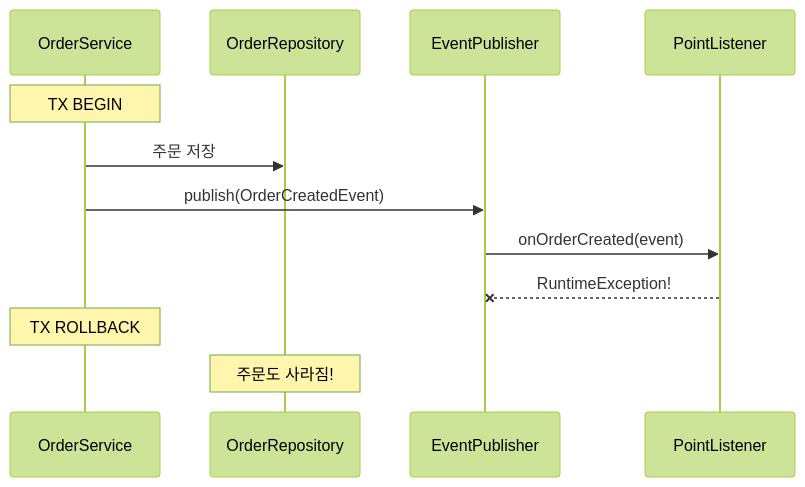
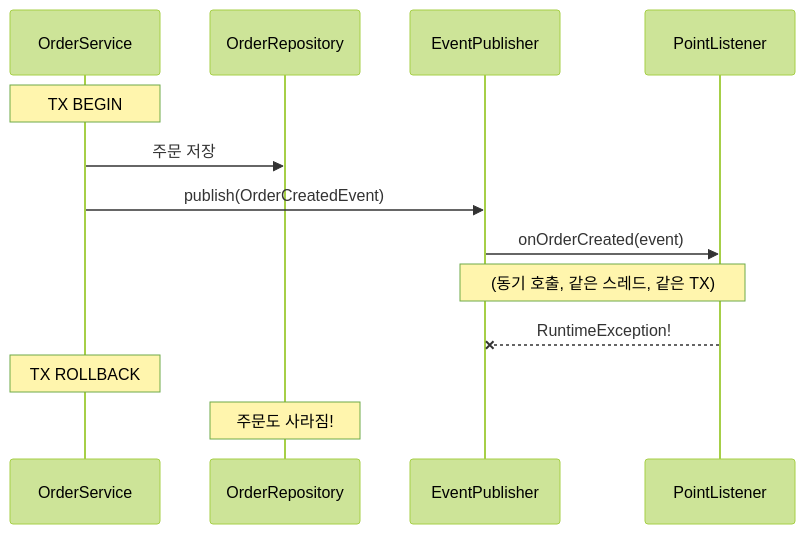
Before and after one commit to ghtjr410/messaging-lab: the third of 3 diagrams in src/test/java/com/example/messaging/step1_application_event/README.md, drawn with Mermaid (forest theme). The commit also changed other lines of this file and 14 other files, not shown here.

````diff
--- a/src/test/java/com/example/messaging/step1_application_event/README.md
+++ b/src/test/java/com/example/messaging/step1_application_event/README.md
@@ -118,16 +119,17 @@
 ```mermaid
 sequenceDiagram
     participant OS as OrderService
     participant DB as OrderRepository
     participant EP as EventPublisher
     participant PL as PointListener
 
     Note over OS: TX BEGIN
     OS->>DB: 주문 저장
     OS->>EP: publish(OrderCreatedEvent)
     EP->>PL: onOrderCreated(event)
+    Note over EP,PL: (동기 호출, 같은 스레드, 같은 TX)
     PL--xEP: RuntimeException!
 
     Note over OS: TX ROLLBACK
     Note over DB: 주문도 사라짐!
 ```
````
